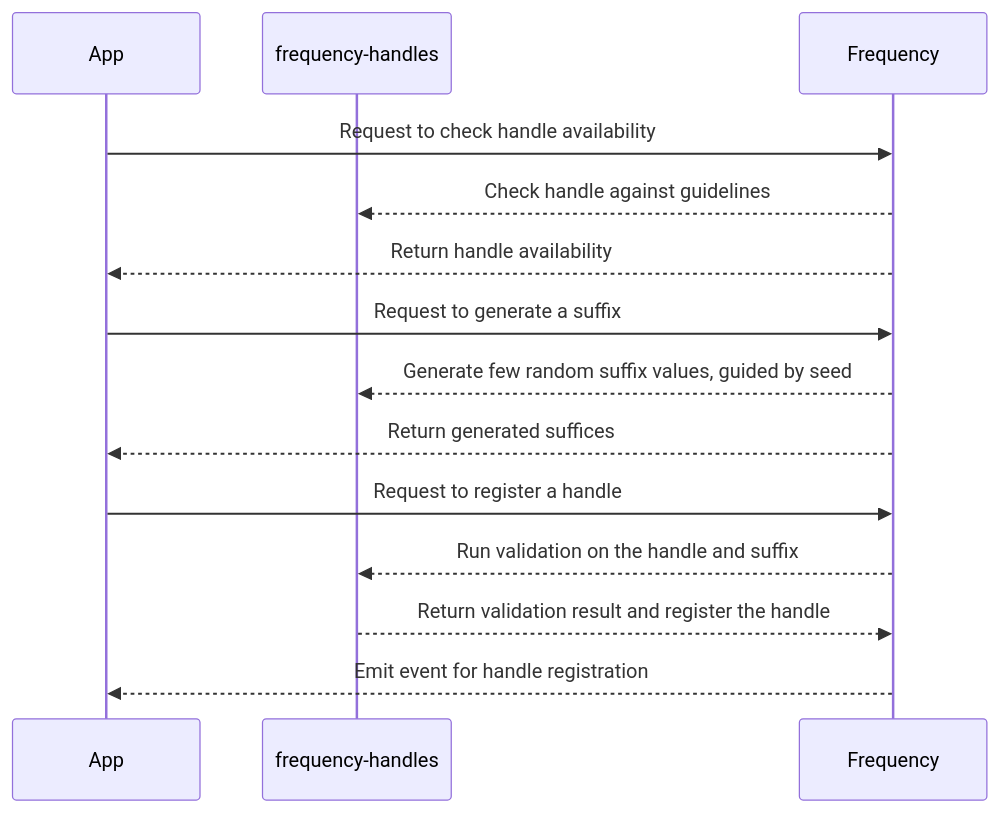
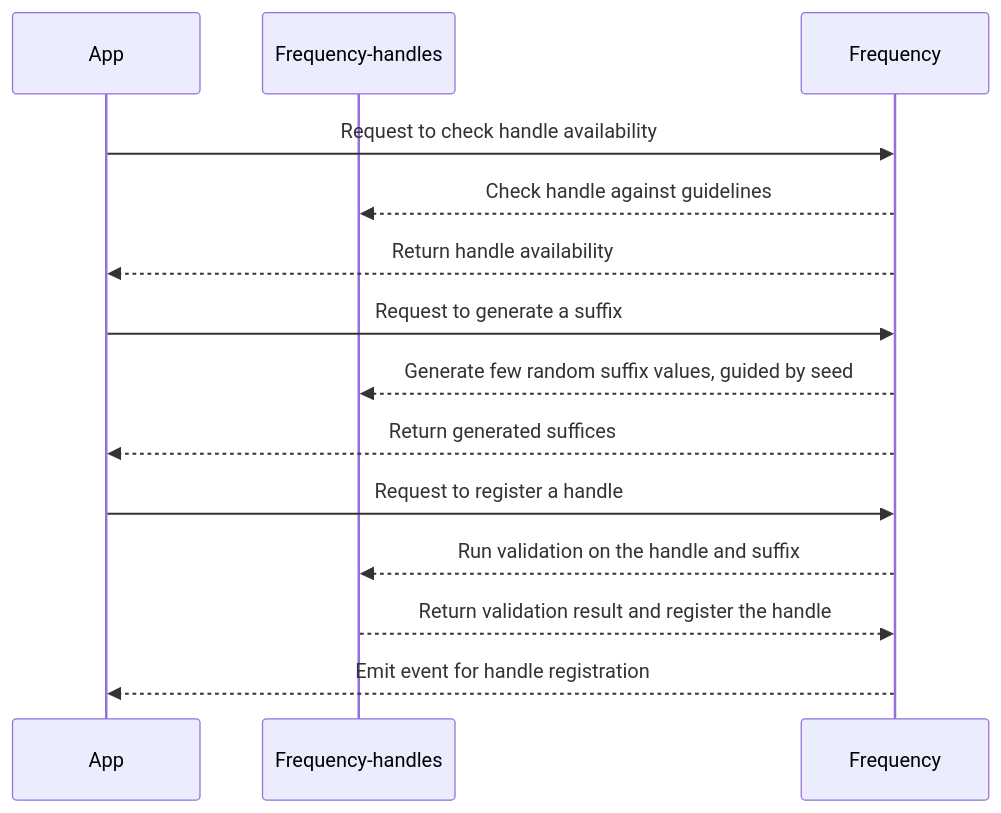
The second of 2 diagrams in designdocs/user-handles.md (frequency-chain/frequency), drawn with Mermaid before and after one commit. The commit also changed other lines of this file, not shown here.

````diff
--- a/designdocs/user-handles.md
+++ b/designdocs/user-handles.md
@@ -290,15 +289,15 @@
 ```mermaid
 sequenceDiagram
     participant App
-    participant frequency-handles
+    participant Frequency-handles
     App->>Frequency: Request to check handle availability
-    Frequency-->>frequency-handles: Check handle against guidelines
+    Frequency-->>Frequency-handles: Check handle against guidelines
     Frequency -->> App: Return handle availability
     App->>Frequency: Request to generate a suffix
-    Frequency-->>frequency-handles: Generate few random suffix values, guided by seed
+    Frequency-->>Frequency-handles: Generate few random suffix values, guided by seed
     Frequency-->>App: Return generated suffices
     App->>Frequency: Request to register a handle
-    Frequency-->>frequency-handles: Run validation on the handle and suffix
-    frequency-handles-->>Frequency: Return validation result and register the handle
+    Frequency-->>Frequency-handles: Run validation on the handle and suffix
+    Frequency-handles-->>Frequency: Return validation result and register the handle
     Frequency-->>App: Emit event for handle registration
 ```
````
